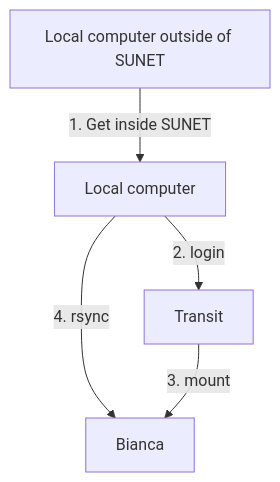
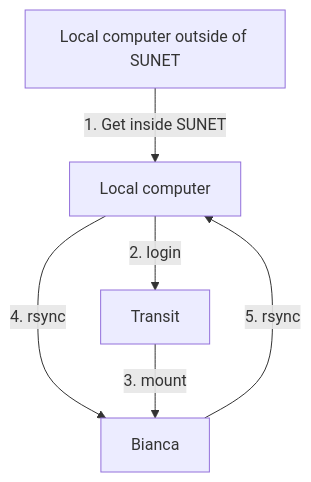
The diagram in docs/cluster_guides/bianca_file_transfer_using_rsync.md (UPPMAX/UPPMAX-documentation), drawn with Mermaid before and after one commit. The commit also changed other lines of this file, not shown here.

````diff
--- a/docs/cluster_guides/bianca_file_transfer_using_rsync.md
+++ b/docs/cluster_guides/bianca_file_transfer_using_rsync.md
@@ -8,11 +8,12 @@
 ```mermaid
 flowchart TD
   local_computer_ourside_sunet[Local computer outside of SUNET]
   local_computer[Local computer]
   transit[Transit]
   bianca[Bianca]
   local_computer_ourside_sunet --> |1. Get inside SUNET|local_computer
   local_computer --> |2. login| transit
   local_computer --> |4. rsync| bianca
+  bianca --> |5. rsync| local_computer
   transit --> |3. mount| bianca
 ```
````
